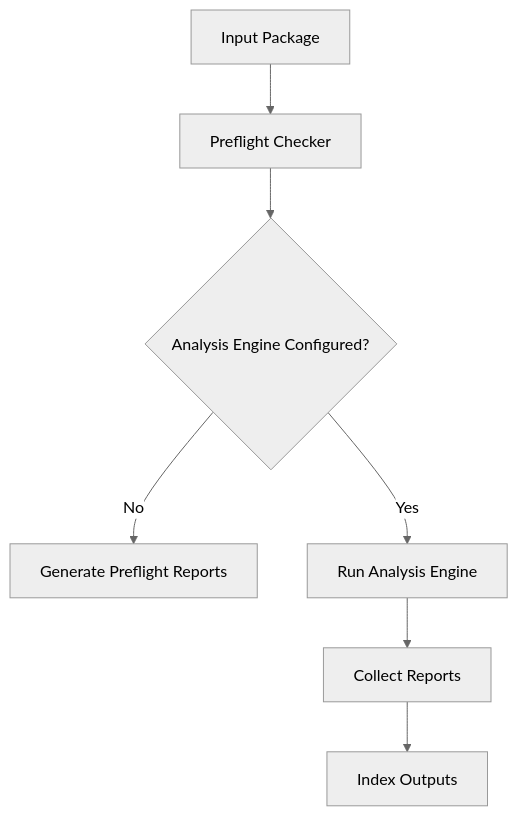
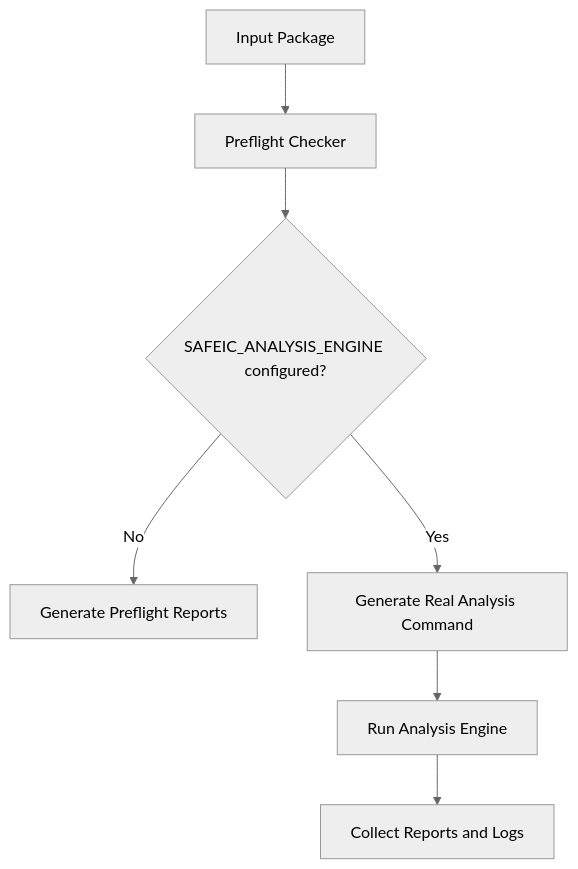
The second of 3 diagrams in articles/01_automotive_safeic_practice_d01_github_en_revised.md (qiqixixi1001/automotive-safeic-practice), drawn with Mermaid (neutral theme) before and after one commit. The commit also changed other lines of this file, not shown here.

````diff
--- a/articles/01_automotive_safeic_practice_d01_github_en_revised.md
+++ b/articles/01_automotive_safeic_practice_d01_github_en_revised.md
@@ -478,9 +1452,9 @@
 ```mermaid
 flowchart TD
     A[Input Package] --> B[Preflight Checker]
-    B --> C{Analysis Engine Configured?}
+    B --> C{SAFEIC_ANALYSIS_ENGINE configured?}
     C -- No --> D[Generate Preflight Reports]
-    C -- Yes --> E[Run Analysis Engine]
-    E --> F[Collect Reports]
-    F --> G[Index Outputs]
+    C -- Yes --> E[Generate Real Analysis Command]
+    E --> F[Run Analysis Engine]
+    F --> G[Collect Reports and Logs]
 ```
````
